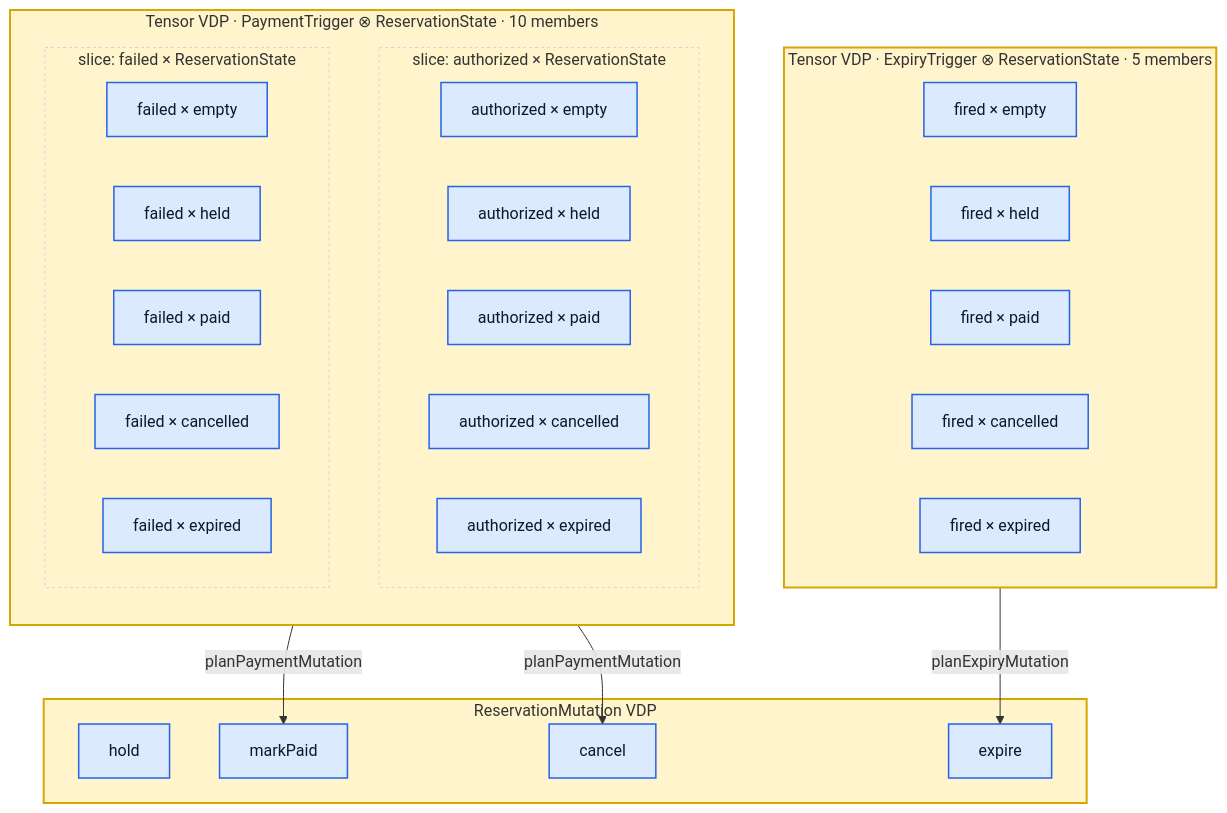
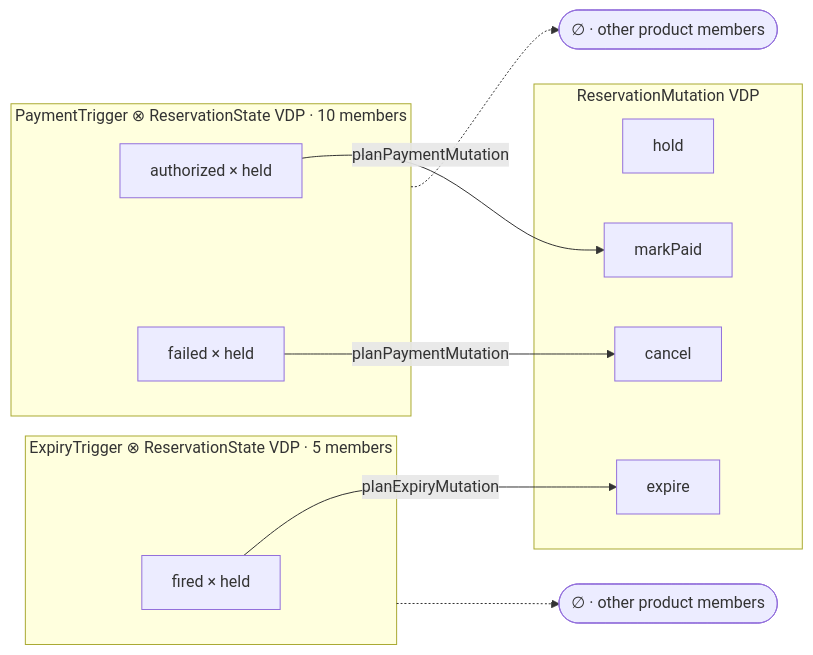
The eighth of 9 diagrams in README.md (mrvanish97/archiscript), drawn with Mermaid before and after one commit. The commit also changed other lines of this file, not shown here.

Commit message:
docs: keep tensor operations factored in diagrams

````diff
--- a/README.md
+++ b/README.md
@@ -505,50 +356,28 @@
 ```mermaid
-flowchart TB
-  classDef member fill:#dbeafe,stroke:#2563eb,color:#0f172a,stroke-width:1.5px
-
-  subgraph PC["Tensor VDP · PaymentTrigger ⊗ ReservationState · 10 members"]
-    direction TB
-    subgraph PC_SL_authorized["slice: authorized × ReservationState"]
-      direction LR
-      PC_authorized_empty["authorized × empty"]:::member
-      PC_authorized_held["authorized × held"]:::member
-      PC_authorized_paid["authorized × paid"]:::member
-      PC_authorized_cancelled["authorized × cancelled"]:::member
-      PC_authorized_expired["authorized × expired"]:::member
-    end
-    subgraph PC_SL_failed["slice: failed × ReservationState"]
-      direction LR
-      PC_failed_empty["failed × empty"]:::member
-      PC_failed_held["failed × held"]:::member
-      PC_failed_paid["failed × paid"]:::member
-      PC_failed_cancelled["failed × cancelled"]:::member
-      PC_failed_expired["failed × expired"]:::member
-    end
+flowchart LR
+  subgraph PC["PaymentTrigger ⊗ ReservationState VDP · 10 members"]
+    P0["authorized × held"]
+    P1["failed × held"]
   end
 
-  subgraph EC["Tensor VDP · ExpiryTrigger ⊗ ReservationState · 5 members"]
-    direction LR
-    EC_fired_empty["fired × empty"]:::member
-    EC_fired_held["fired × held"]:::member
-    EC_fired_paid["fired × paid"]:::member
-    EC_fired_cancelled["fired × cancelled"]:::member
-    EC_fired_expired["fired × expired"]:::member
+  subgraph EC["ExpiryTrigger ⊗ ReservationState VDP · 5 members"]
+    E0["fired × held"]
   end
 
-  subgraph MUT["ReservationMutation VDP"]
-    M0["hold"]:::member
-    M1["markPaid"]:::member
-    M2["cancel"]:::member
-    M3["expire"]:::member
+  subgraph RM["ReservationMutation VDP"]
+    M0["hold"]
+    M1["markPaid"]
+    M2["cancel"]
+    M3["expire"]
   end
 
-  PC_authorized_held -->|"planPaymentMutation"| M1
-  PC_failed_held -->|"planPaymentMutation"| M2
-  EC_fired_held -->|"planExpiryMutation"| M3
+  PX(["∅ · other product members"])
+  EX(["∅ · other product members"])
 
-  style PC fill:#fff4cc,stroke:#d6a700,stroke-width:2px
-  style EC fill:#fff4cc,stroke:#d6a700,stroke-width:2px
-  style MUT fill:#fff4cc,stroke:#d6a700,stroke-width:2px
-  style PC_SL_authorized fill:transparent,stroke:#d1d5db,stroke-dasharray:3 3
-  style PC_SL_failed fill:transparent,stroke:#d1d5db,stroke-dasharray:3 3
+  P0 -->|"planPaymentMutation"| M1
+  P1 -->|"planPaymentMutation"| M2
+  E0 -->|"planExpiryMutation"| M3
+
+  PC -.-> PX
+  EC -.-> EX
 ```
````
